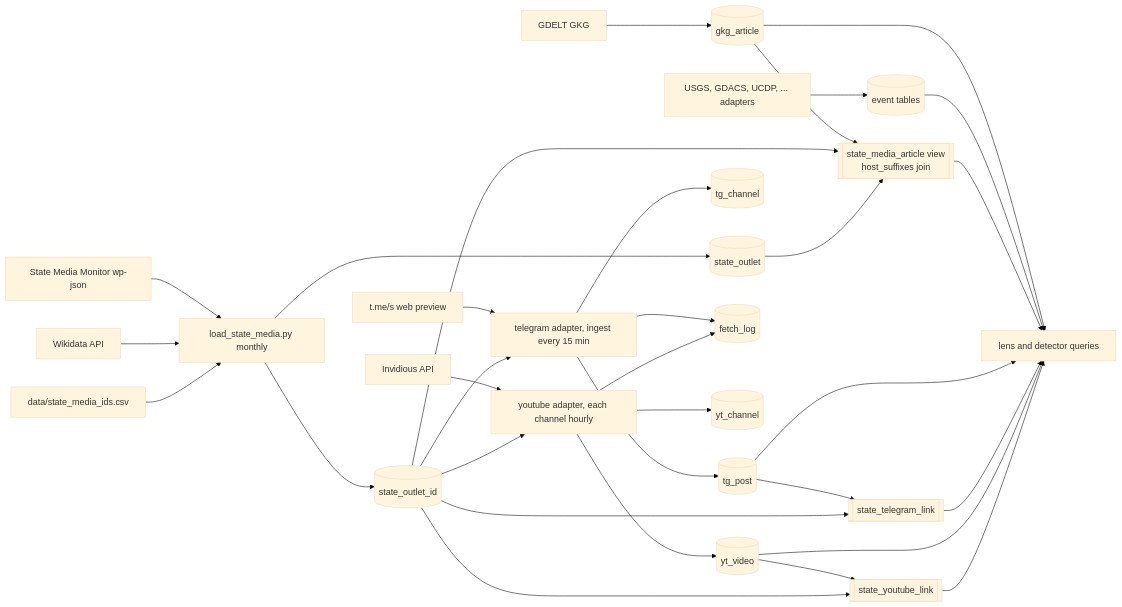
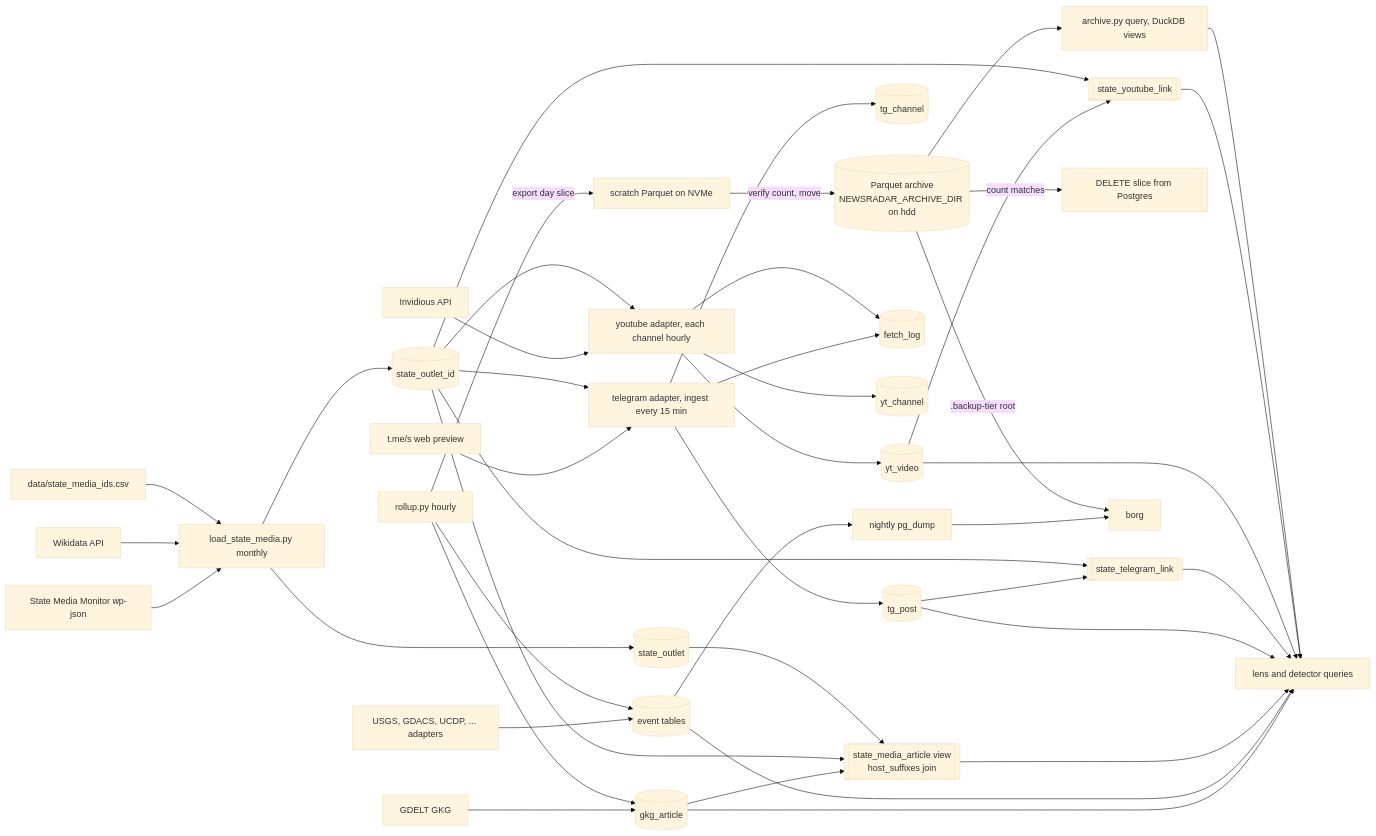
One commit to jamesonhohbein/news-radar changed the diagram in ARCHITECTURE.md. Above: the diagram before and after it, drawn with Mermaid (base theme). The commit also changed other lines of this file and 15 other files, not shown here.

````diff
--- a/ARCHITECTURE.md
+++ b/ARCHITECTURE.md
@@ -7,34 +7,42 @@
 ```mermaid
 flowchart LR
   GDELT[GDELT GKG] --> GKG[(gkg_article)]
   Other[USGS, GDACS, UCDP, ... adapters] --> Events[(event tables)]
   SMM[State Media Monitor wp-json] --> Loader[load_state_media.py monthly]
   WD[Wikidata API] --> Loader
   CSV[data/state_media_ids.csv] --> Loader
   Loader --> SO[(state_outlet)]
   Loader --> SOI[(state_outlet_id)]
   GKG --> SMA[[state_media_article view<br/>host_suffixes join]]
   SOI --> SMA
   SO --> SMA
   TG[t.me/s web preview] --> Coll[telegram adapter, ingest every 15 min]
   SOI --> Coll
   Coll --> TC[(tg_channel)]
   Coll --> TP[(tg_post)]
   Coll --> FL[(fetch_log)]
   TP --> STL[[state_telegram_link]]
   SOI --> STL
   INV[Invidious API] --> YColl[youtube adapter, each channel hourly]
   SOI --> YColl
   YColl --> YC[(yt_channel)]
   YColl --> YV[(yt_video)]
   YColl --> FL
   YV --> SYL[[state_youtube_link]]
   SOI --> SYL
   GKG --> Lens[lens and detector queries]
   Events --> Lens
   SMA --> Lens
   TP --> Lens
   STL --> Lens
   YV --> Lens
   SYL --> Lens
+  Rollup[rollup.py hourly] --> Events
+  Rollup --> GKG
+  Rollup -- export day slice --> Scratch[scratch Parquet on NVMe]
+  Scratch -- verify count, move --> Arch[(Parquet archive<br/>NEWSRADAR_ARCHIVE_DIR on hdd)]
+  Arch -- count matches --> Del[DELETE slice from Postgres]
+  Arch --> Duck[archive.py query, DuckDB views] --> Lens
+  Events --> Dump[nightly pg_dump] --> Borg[borg]
+  Arch -- .backup-tier root --> Borg
 ```
````
